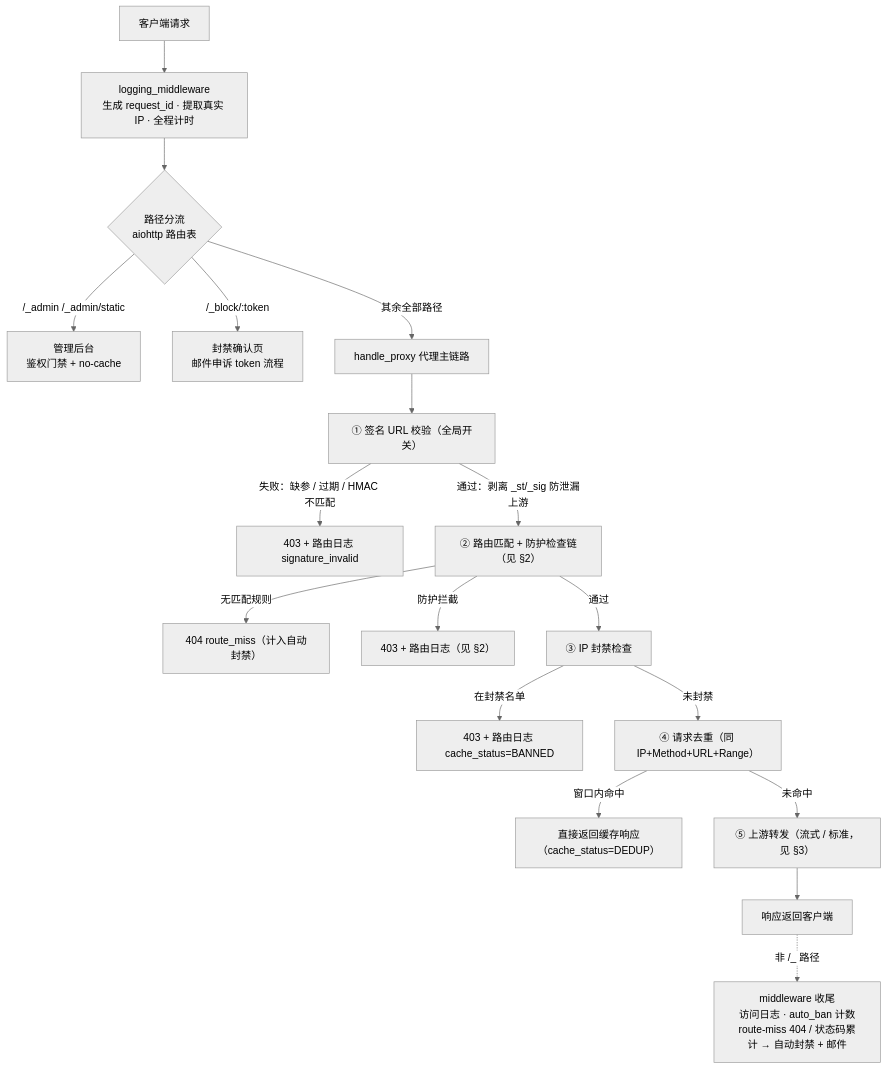
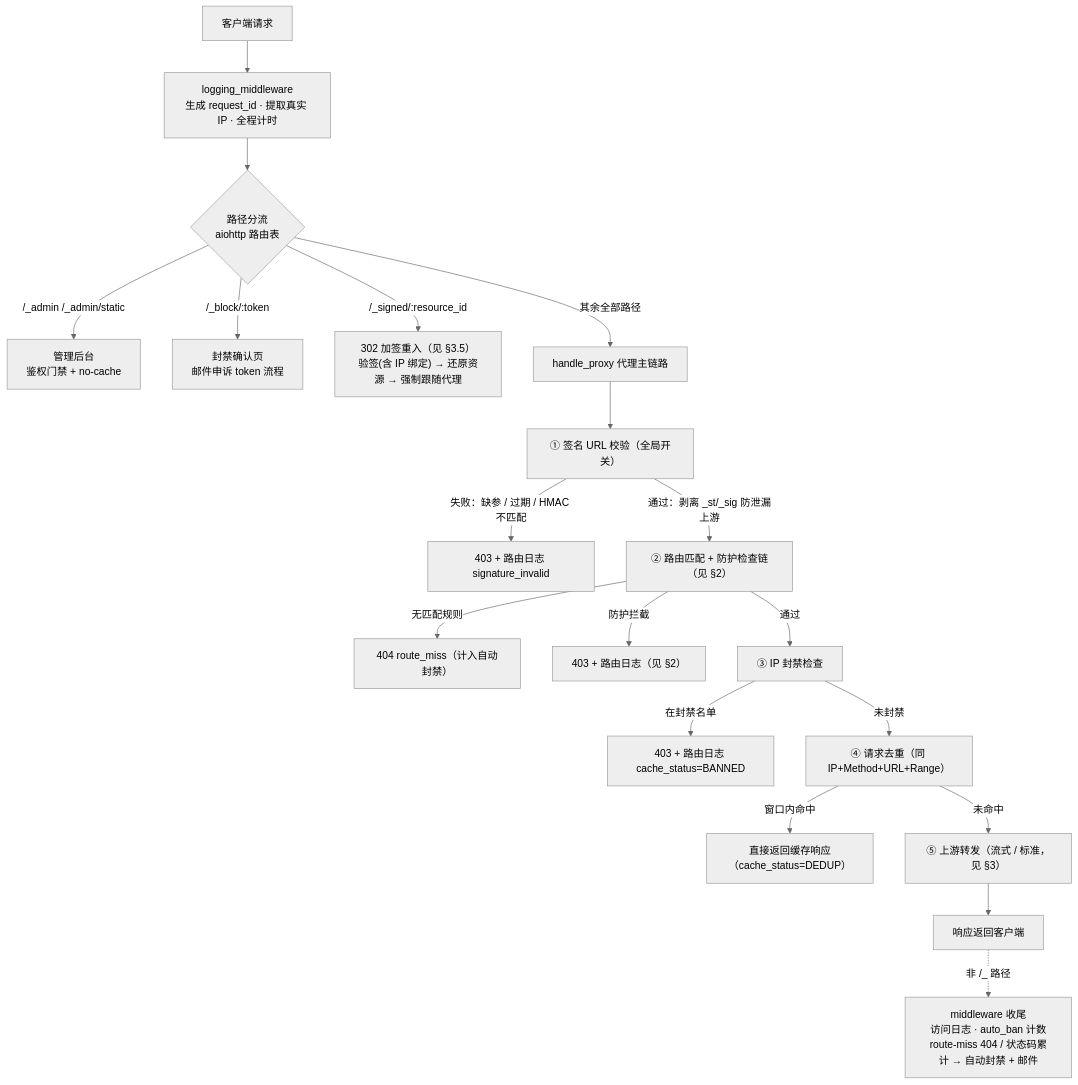
Before and after one commit to fengmuxi/302Proxy: the first of 4 diagrams in REQUEST_FLOW.md, drawn with Mermaid (neutral theme). The commit also changed other lines of this file and 8 other files, not shown here.

````diff
--- a/REQUEST_FLOW.md
+++ b/REQUEST_FLOW.md
@@ -10,22 +10,23 @@
 ```mermaid
 flowchart TD
     A[客户端请求] --> B["logging_middleware<br/>生成 request_id · 提取真实 IP · 全程计时"]
     B --> C{路径分流<br/>aiohttp 路由表}
     C -->|"/_admin /_admin/static"| D["管理后台<br/>鉴权门禁 + no-cache"]
     C -->|"/_block/:token"| E["封禁确认页<br/>邮件申诉 token 流程"]
+    C -->|"/_signed/:resource_id"| G["302 加签重入（见 §3.5）<br/>验签(含 IP 绑定) → 还原资源 → 强制跟随代理"]
     C -->|"其余全部路径"| F["handle_proxy 代理主链路"]
 
     F --> S1["① 签名 URL 校验（全局开关）"]
     S1 -->|"失败：缺参 / 过期 / HMAC 不匹配"| X1["403 + 路由日志 signature_invalid"]
     S1 -->|"通过：剥离 _st/_sig 防泄漏上游"| S2["② 路由匹配 + 防护检查链（见 §2）"]
     S2 -->|"无匹配规则"| X2["404 route_miss（计入自动封禁）"]
     S2 -->|"防护拦截"| X3["403 + 路由日志（见 §2）"]
     S2 -->|"通过"| S3["③ IP 封禁检查"]
     S3 -->|"在封禁名单"| X4["403 + 路由日志 cache_status=BANNED"]
     S3 -->|"未封禁"| S4["④ 请求去重（同 IP+Method+URL+Range）"]
     S4 -->|"窗口内命中"| X5["直接返回缓存响应（cache_status=DEDUP）"]
     S4 -->|"未命中"| S5["⑤ 上游转发（流式 / 标准，见 §3）"]
     S5 --> R["响应返回客户端"]
 
     R -.->|非 /_ 路径| T["middleware 收尾<br/>访问日志 · auto_ban 计数<br/>route-miss 404 / 状态码累计 → 自动封禁 + 邮件"]
 ```
````
